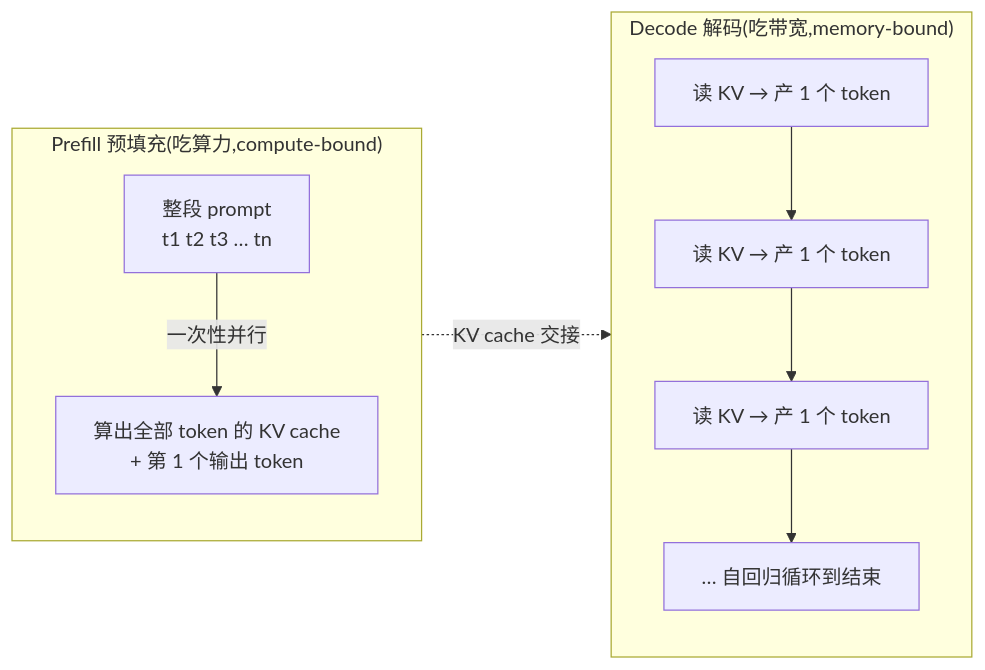
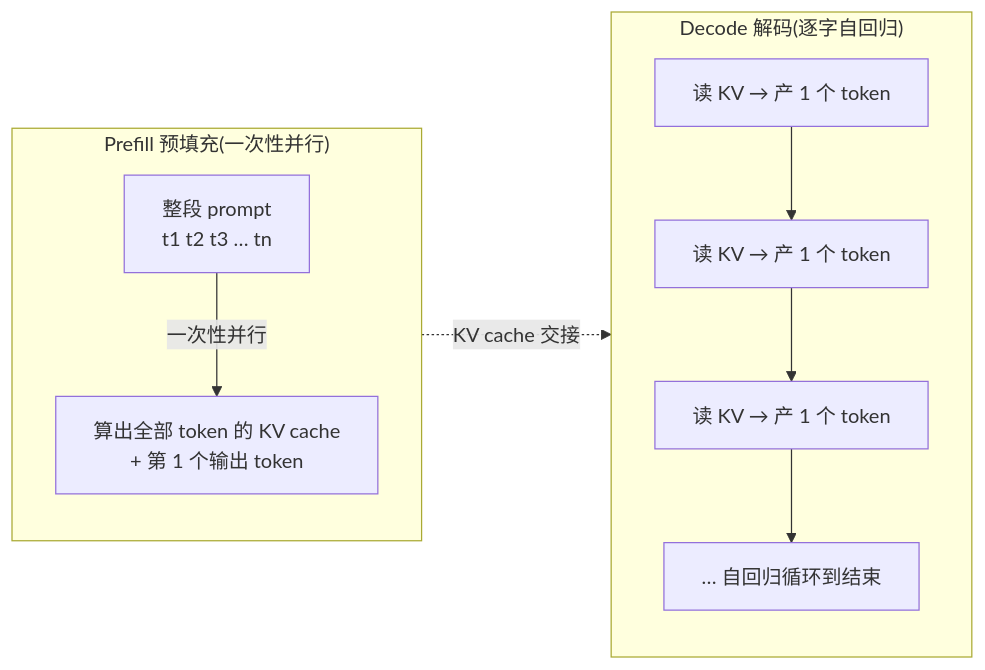
The first of 6 diagrams in docs/pd-tutorial.md (xuopoj/ma-vllm-samples), drawn with Mermaid before and after one commit. The commit also changed other lines of this file and 1 other file, not shown here.

````diff
--- a/docs/pd-tutorial.md
+++ b/docs/pd-tutorial.md
@@ -25,16 +24,16 @@
 ```mermaid
 flowchart LR
-    subgraph P["Prefill 预填充(吃算力,compute-bound)"]
+    subgraph P["Prefill 预填充(一次性并行)"]
         direction TB
         prompt["整段 prompt<br/>t1 t2 t3 … tn"] -->|"一次性并行"| pkv["算出全部 token 的 KV cache<br/>+ 第 1 个输出 token"]
     end
 
-    subgraph D["Decode 解码(吃带宽,memory-bound)"]
+    subgraph D["Decode 解码(逐字自回归)"]
         direction TB
         d1["读 KV → 产 1 个 token"] --> d2["读 KV → 产 1 个 token"]
         d2 --> d3["读 KV → 产 1 个 token"]
         d3 --> dn["… 自回归循环到结束"]
     end
 
     pkv -.->|"KV cache 交接"| d1
 ```
````
